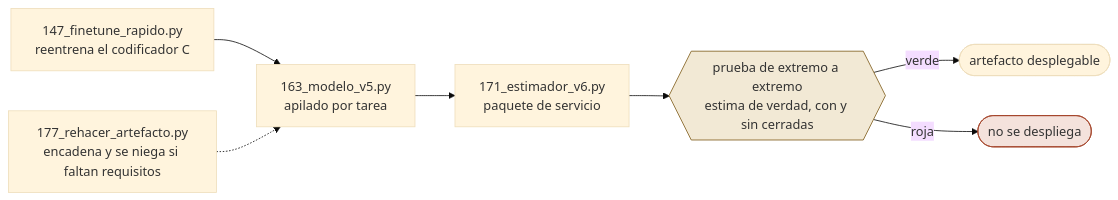
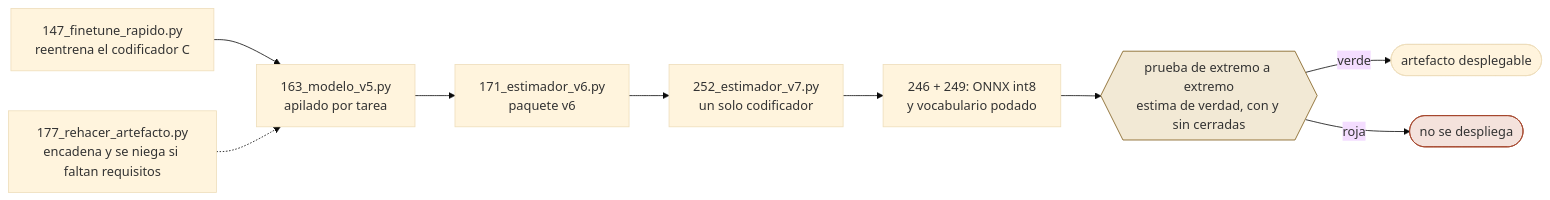
One commit to DTomasVr/Estimacion-progresiva-backlog changed diagram 13 of 15 in estimador/DISENO_PIPELINE.md. Above: the diagram before and after it, drawn with Mermaid (base theme). The commit also changed other lines of this file and 4 other files, not shown here.

Commit message:
Documentacion del diseno al dia con el estimador v7

````diff
--- a/estimador/DISENO_PIPELINE.md
+++ b/estimador/DISENO_PIPELINE.md
@@ -993,11 +989,13 @@
 ```mermaid
 flowchart LR
     F["147_finetune_rapido.py<br/>reentrena el codificador C"] --> V5["163_modelo_v5.py<br/>apilado por tarea"]
-    V5 --> V6["171_estimador_v6.py<br/>paquete de servicio"]
-    V6 --> P{{"prueba de extremo a extremo<br/>estima de verdad, con y sin cerradas"}}
+    V5 --> V6["171_estimador_v6.py<br/>paquete v6"]
+    V6 --> V7["252_estimador_v7.py<br/>un solo codificador"]
+    V7 --> OX["246 + 249: ONNX int8<br/>y vocabulario podado"]
+    OX --> P{{"prueba de extremo a extremo<br/>estima de verdad, con y sin cerradas"}}
     P -->|verde| OK(["artefacto desplegable"])
     P -->|roja| STOP(["no se despliega"])
     ORQ["177_rehacer_artefacto.py<br/>encadena y se niega si faltan requisitos"] -.-> V5
     style P fill:#f2e9d5,stroke:#7d5a17
     style STOP fill:#f4e2dc,stroke:#a4442a
 ```
````
